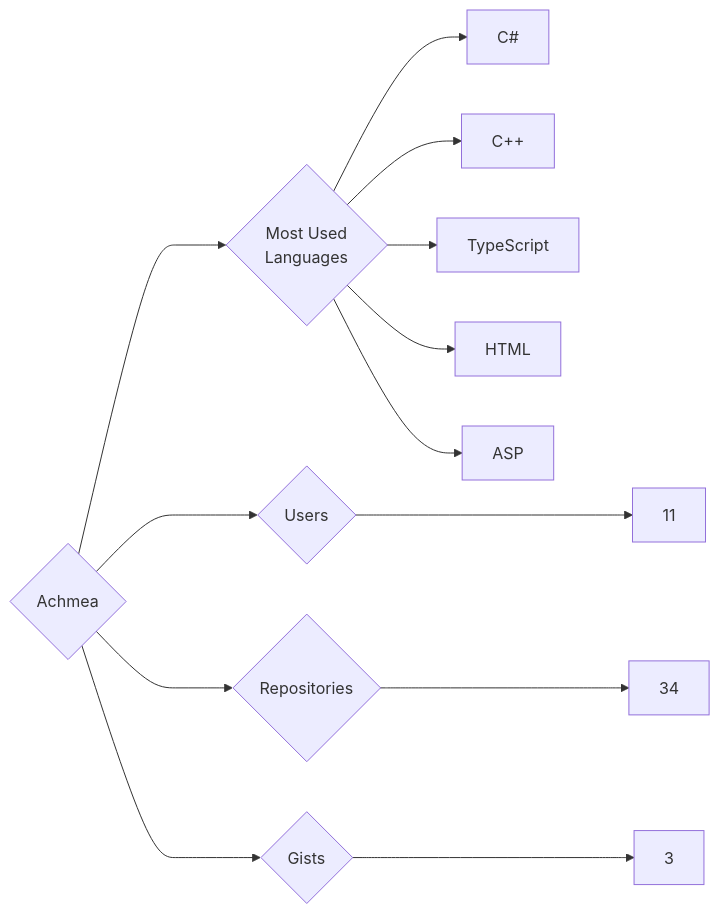
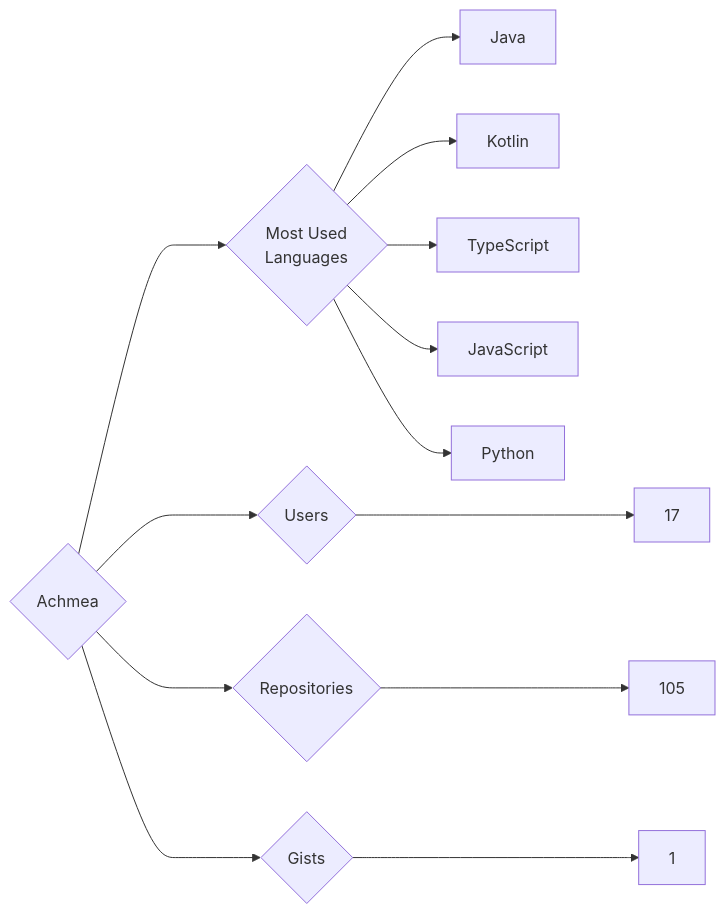
The diagram in targets/Achmea/README.md (trickest/insiders), drawn with Mermaid before and after one commit. The commit also changed 775 other files, not shown here.

````diff
--- a/targets/Achmea/README.md
+++ b/targets/Achmea/README.md
@@ -3,13 +3,13 @@
 ```mermaid
 graph LR
 COMPANY_NAME{Achmea}
-COMPANY_NAME ---> U{Users} ---> UN[11]
-COMPANY_NAME ---> R{Repositories} ---> RN[34]
-COMPANY_NAME ---> G{Gists} ---> GN[3]
+COMPANY_NAME ---> U{Users} ---> UN[17]
+COMPANY_NAME ---> R{Repositories} ---> RN[105]
+COMPANY_NAME ---> G{Gists} ---> GN[1]
 COMPANY_NAME ---> ML{Most Used<br>Languages}
-ML --> C#[C#]
-ML --> C++[C++]
+ML --> Java[Java]
+ML --> Kotlin[Kotlin]
 ML --> TypeScript[TypeScript]
-ML --> HTML[HTML]
-ML --> ASP[ASP]
+ML --> JavaScript[JavaScript]
+ML --> Python[Python]
 ```
````
